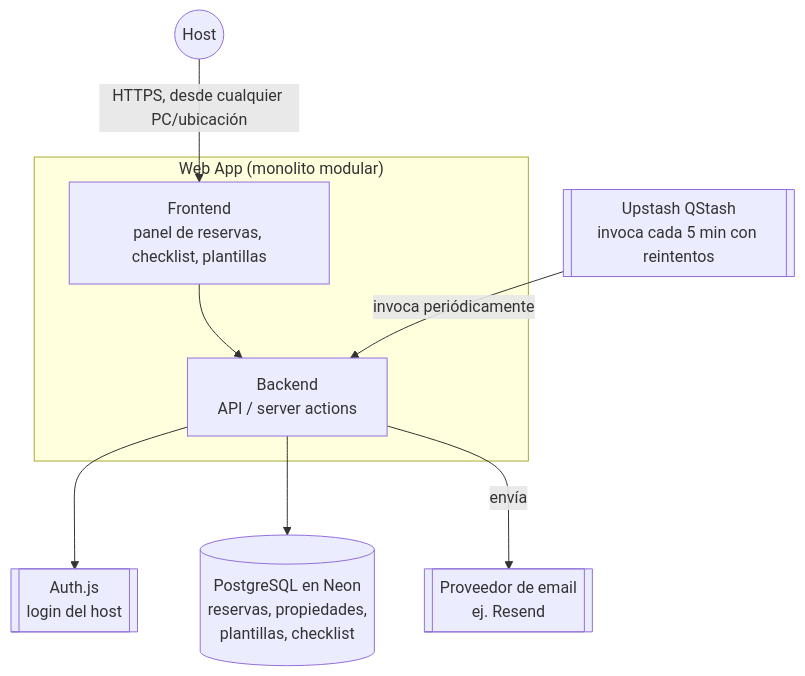
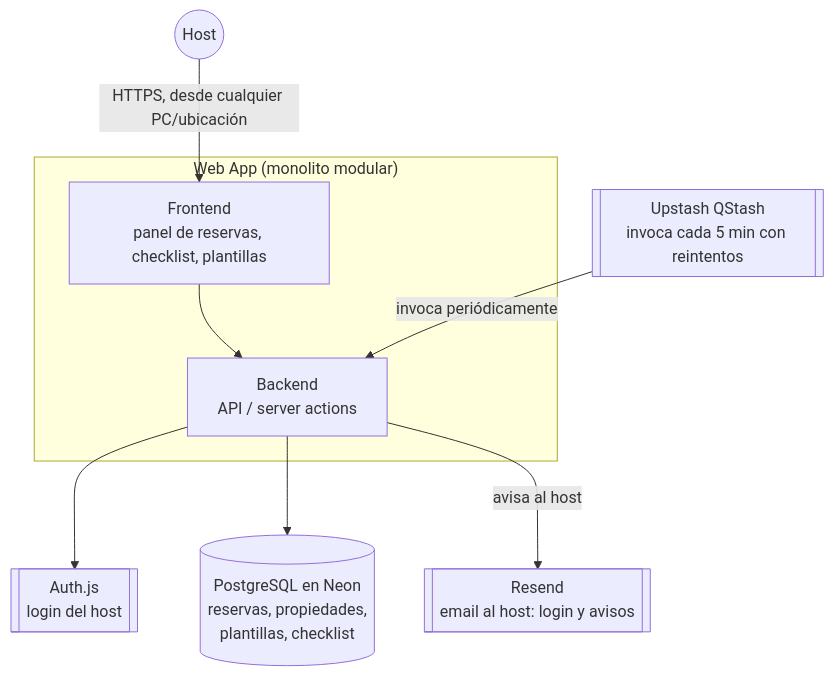
Before and after one commit to jngomez21/SuperHost-Gestor: the second of 3 diagrams in ARCHITECTURE.md, drawn with Mermaid. The commit also changed other lines of this file and 2 other files, not shown here.

````diff
--- a/ARCHITECTURE.md
+++ b/ARCHITECTURE.md
@@ -25,21 +27,21 @@
 ```mermaid
 flowchart TB
     Host((Host))
 
     subgraph WebApp["Web App (monolito modular)"]
         UI[Frontend<br/>panel de reservas, checklist, plantillas]
         API[Backend<br/>API / server actions]
     end
 
     DB[(PostgreSQL en Neon<br/>reservas, propiedades,<br/>plantillas, checklist)]
     Scheduler[[Upstash QStash<br/>invoca cada 5 min con reintentos]]
     Auth[[Auth.js<br/>login del host]]
-    NotifProvider[[Proveedor de email<br/>ej. Resend]]
+    NotifProvider[[Resend<br/>email al host: login y avisos]]
 
     Host -->|HTTPS, desde cualquier PC/ubicación| UI
     UI --> API
     API --> Auth
     API --> DB
     Scheduler -->|invoca periódicamente| API
-    API -->|envía| NotifProvider
+    API -->|avisa al host| NotifProvider
 ```
````
